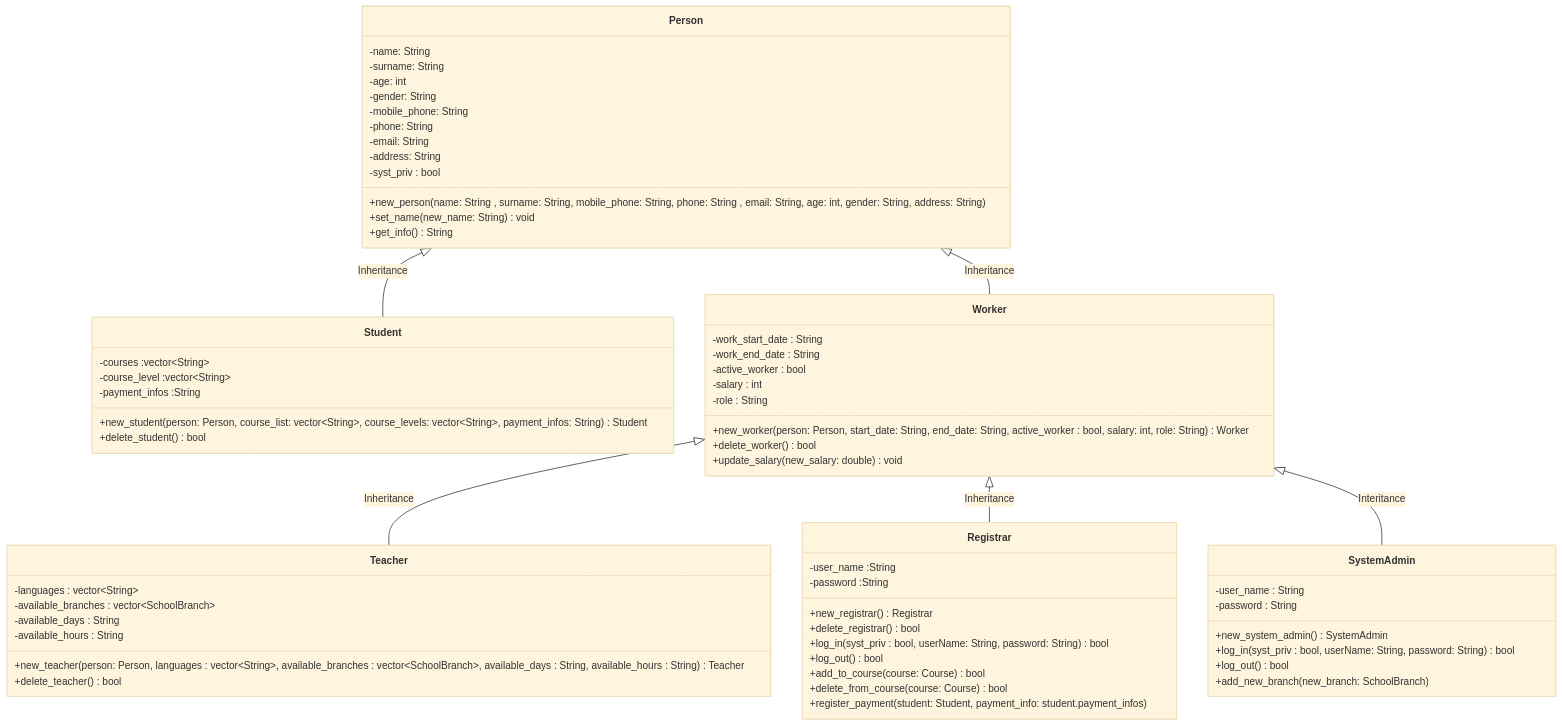
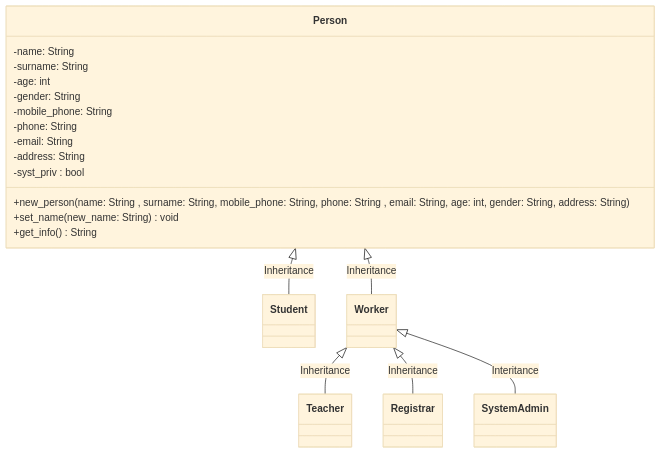
The second of 9 diagrams in Project/UML_Diag.md (ondergormez/BLM3722_Software_Engineering), drawn with Mermaid (base theme) before and after one commit.

````diff
--- a/Project/UML_Diag.md
+++ b/Project/UML_Diag.md
@@ -61,75 +61,23 @@
 ```mermaid
 classDiagram
     Person <|-- Student : Inheritance
     Person <|-- Worker : Inheritance
     Worker <|-- Teacher : Inheritance
     Worker <|-- Registrar : Inheritance
     Worker <|-- SystemAdmin: Interitance
 
     class Person{
     -name: String
     -surname: String
     -age: int
     -gender: String
     -mobile_phone: String
     -phone: String
     -email: String
     -address: String
     -syst_priv : bool
     +new_person(name: String , surname: String, mobile_phone: String, phone: String , email: String, age: int, gender: String, address: String)
     +set_name(new_name: String ) void
     +get_info() String
     }
-
-
-    class Student{
-      -courses :vector~String~ 
-      -course_level :vector~String~ 
-      -payment_infos :String 
-      +new_student(person: Person, course_list: vector~String~, course_levels: vector~String~, payment_infos: String) Student
-      +delete_student() bool
-    }
-
-    class Worker{
-      -work_start_date : String 
-      -work_end_date : String 
-      -active_worker : bool 
-      -salary : int 
-      -role : String
-      +new_worker(person: Person, start_date: String, end_date: String, active_worker : bool, salary: int,  role: String) Worker
-      +delete_worker() bool
-      +update_salary(new_salary: double) void
-    }
-    
-    class Teacher{
-      -languages : vector~String~ 
-      -available_branches : vector~SchoolBranch~ 
-      -available_days : String 
-      -available_hours : String
-      +new_teacher(person: Person, languages : vector~String~, available_branches : vector~SchoolBranch~, available_days : String, available_hours : String)  Teacher
-     +delete_teacher() bool
-    }
-
-    class Registrar{
-      -user_name :String
-      -password :String
-      +new_registrar() Registrar
-      +delete_registrar() bool
-      +log_in(syst_priv : bool, userName: String, password: String) bool
-      +log_out() bool
-      +add_to_course(course: Course) bool
-      +delete_from_course(course: Course) bool
-      +register_payment(student: Student, payment_info: student.payment_infos)
-    }
-
-    class SystemAdmin{
-      -user_name : String
-      -password : String
-      +new_system_admin() SystemAdmin
-      +log_in(syst_priv : bool, userName: String, password: String) bool
-      +log_out() bool
-      +add_new_branch(new_branch: SchoolBranch)
-    }
-
-
 ```
````
